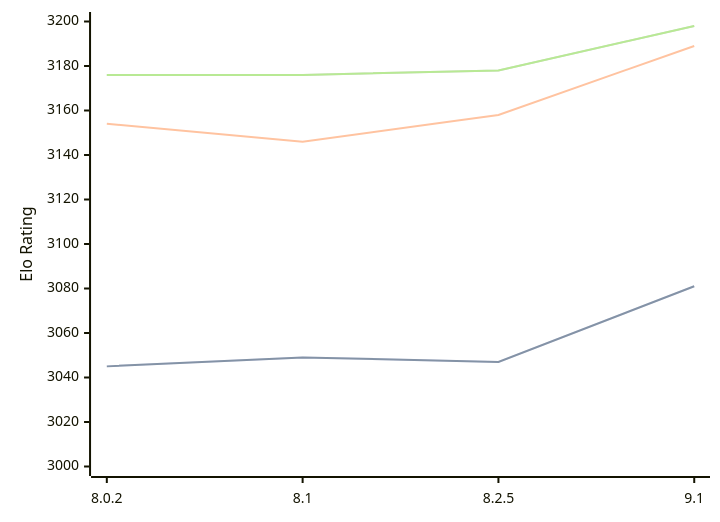
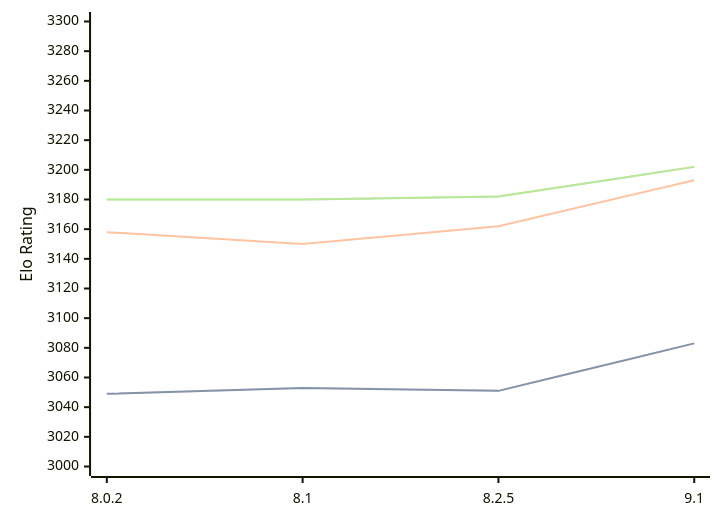
Before and after one commit to computer-chess-index/cci: the diagram in engines/Clover.md, drawn with Mermaid. The commit also changed other lines of this file, not shown here.

Commit message:
Update CCI Ratings (ELO VLTC) - 2026-02-24

````diff
--- a/engines/Clover.md
+++ b/engines/Clover.md
@@ -61,11 +61,11 @@
 ```mermaid
 %%{init: {"theme":"base","themeVariables":{"seriesColors:['#a3a3a3','#222221','#faa371']}}}%%
 xychart-beta
   x-axis ["8.0.2", "8.1", "8.2.5", "9.1"]
-  y-axis "Elo Rating" 3000 --> 3200
-  line "STC (8.0+0.08s)" [3045, 3049, 3047, 3081]
-  line "STC (8.0+0.08s)" [3045, 3049, 3047, 3081]
-  line "LTC (60.0+0.60s)" [3154, 3146, 3158, 3189]
-  line "VLTC (2m24s+1.12s)" [3176, 3176, 3178, 3198]
-  line "VLTC (2m24s+1.12s)" [3176, 3176, 3178, 3198]
+  y-axis "Elo Rating" 3000 --> 3300
+  line "STC (8.0+0.08s)" [3049, 3053, 3051, 3083]
+  line "STC (8.0+0.08s)" [3049, 3053, 3051, 3083]
+  line "LTC (60.0+0.60s)" [3158, 3150, 3162, 3193]
+  line "VLTC (2m24s+1.12s)" [3180, 3180, 3182, 3202]
+  line "VLTC (2m24s+1.12s)" [3180, 3180, 3182, 3202]
 ```
````
